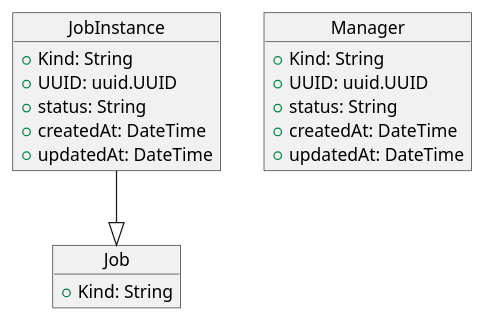
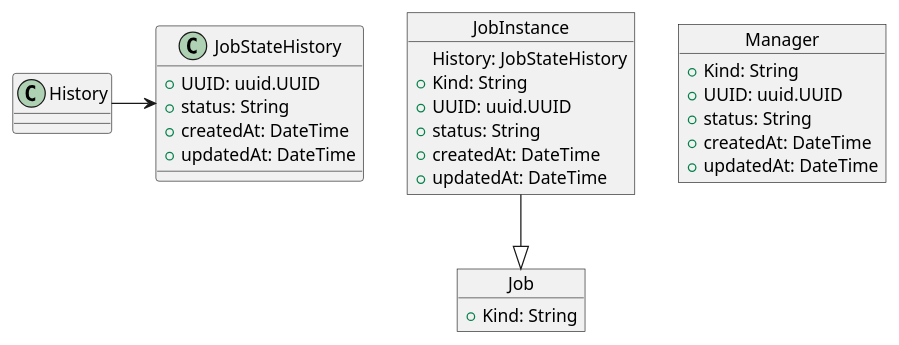
One commit to cybergarage/go-job changed the diagram in doc/img/job_object.pu. Above: the diagram before and after it, drawn with PlantUML.

Commit message:
Update images

```diff
--- a/doc/img/job_object.pu
+++ b/doc/img/job_object.pu
@@ -1,25 +1,35 @@
 @startuml
 
 object Job{
   +Kind: String
 }
 
 object JobInstance {
+  History: JobStateHistory
   +Kind: String
   +UUID: uuid.UUID
   +status: String
   +createdAt: DateTime
   +updatedAt: DateTime
 }
+
+History -> JobStateHistory
 
 JobInstance --|> Job
 
 object Manager {
   +Kind: String
   +UUID: uuid.UUID
   +status: String
   +createdAt: DateTime
   +updatedAt: DateTime
 }
 
+object JobStateHistory {
+  +UUID: uuid.UUID
+  +status: String
+  +createdAt: DateTime
+  +updatedAt: DateTime
+}
+
 @enduml
```
